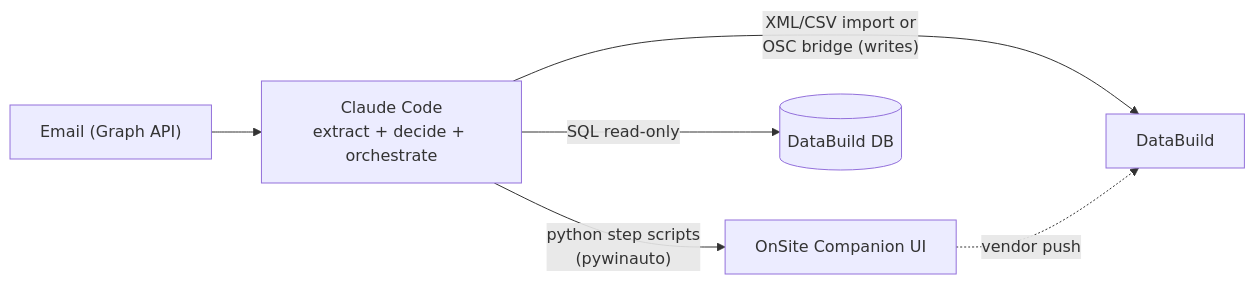
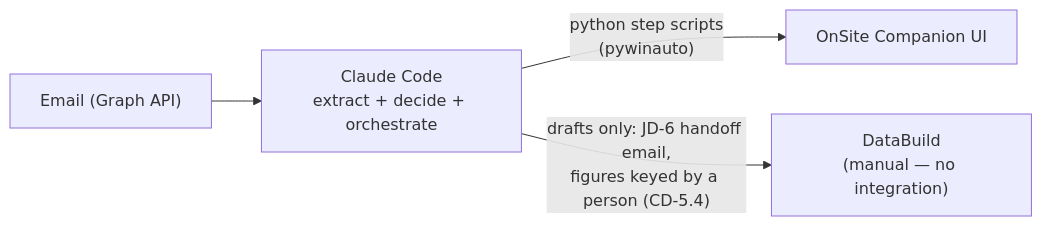
Before and after one commit to lxgzmy/transpaire-claude-code: the diagram in job-roles/contract-admin/docs/03-automation-flow.md, drawn with Mermaid. The commit also changed other lines of this file and 6 other files, not shown here.

First line of the commit message:
DataBuild integration removed: vendor confirmed no API access (23 Aug 2026)

````diff
--- a/job-roles/contract-admin/docs/03-automation-flow.md
+++ b/job-roles/contract-admin/docs/03-automation-flow.md
@@ -32,8 +42,6 @@
 ```mermaid
 flowchart LR
   Email["Email (Graph API)"] --> CC["Claude Code<br/>extract + decide + orchestrate"]
   CC -->|"python step scripts<br/>(pywinauto)"| OSC["OnSite Companion UI"]
-  CC -->|"SQL read-only"| DBQ[("DataBuild DB")]
-  CC -->|"XML/CSV import or<br/>OSC bridge (writes)"| DB["DataBuild"]
-  OSC -.->|vendor push| DB
+  CC -->|"drafts only: JD-6 handoff email,<br/>figures keyed by a person (CD-5.4)"| DB["DataBuild<br/>(manual — no integration)"]
 ```
````
